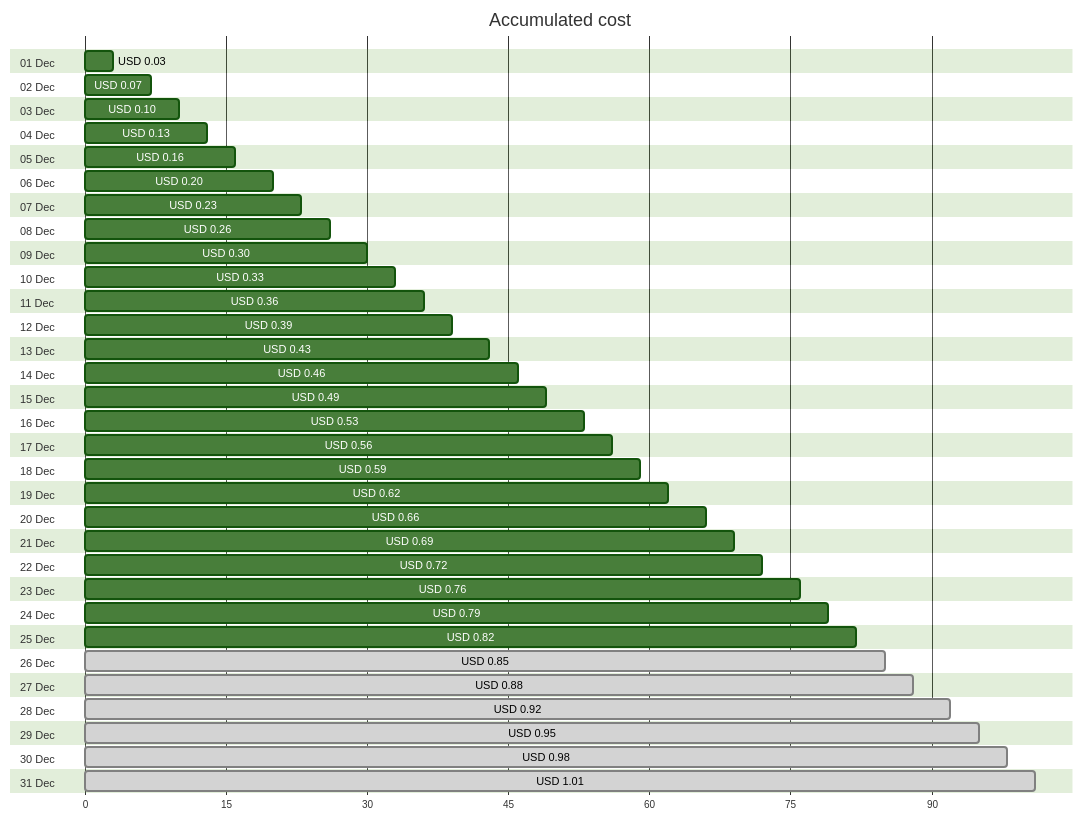
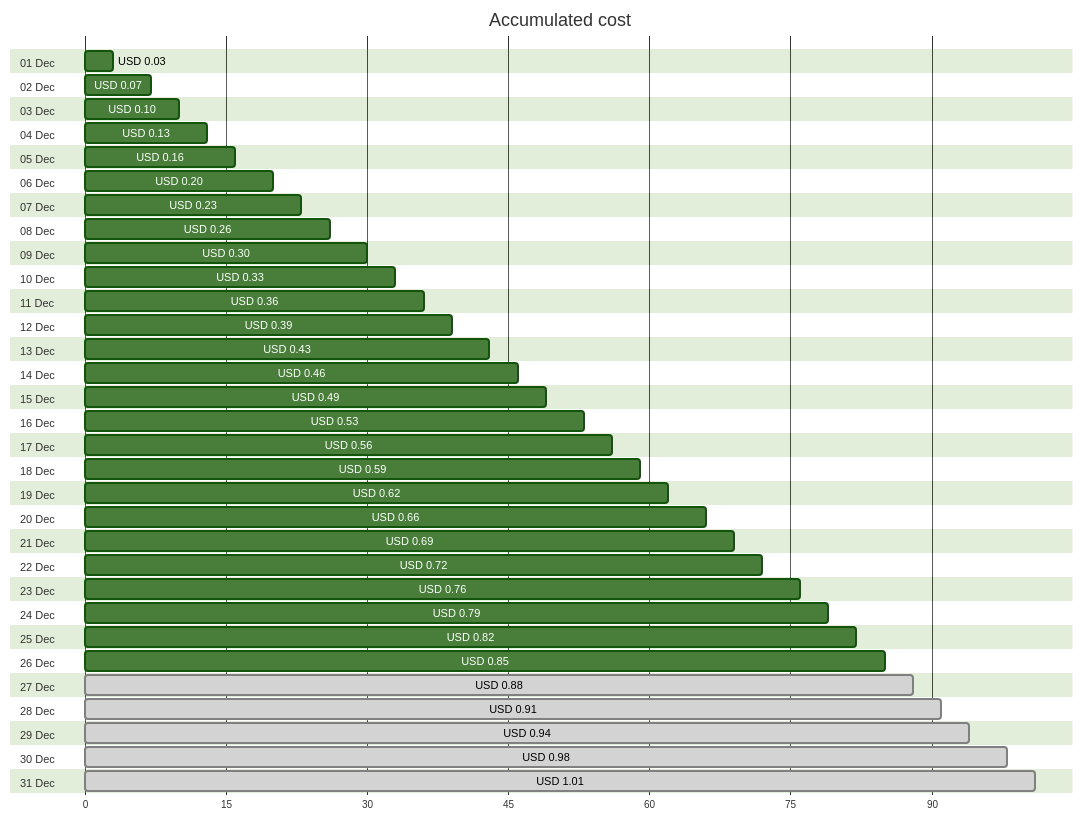
The first of 4 diagrams in cost-reports/personal-dns/README.md (jpfulton/azure-personal-reports), drawn with Mermaid (forest theme) before and after one commit. The commit also changed other lines of this file and 2 other files, not shown here.

````diff
--- a/cost-reports/personal-dns/README.md
+++ b/cost-reports/personal-dns/README.md
@@ -20,68 +20,68 @@
 ```mermaid
 gantt
    title Accumulated cost
    dateFormat  X
    axisFormat %s
    section 01 Dec
    USD 0.03 :0, 3
    section 02 Dec
    USD 0.07 :0, 7
    section 03 Dec
    USD 0.10 :0, 10
    section 04 Dec
    USD 0.13 :0, 13
    section 05 Dec
    USD 0.16 :0, 16
    section 06 Dec
    USD 0.20 :0, 20
    section 07 Dec
    USD 0.23 :0, 23
    section 08 Dec
    USD 0.26 :0, 26
    section 09 Dec
    USD 0.30 :0, 30
    section 10 Dec
    USD 0.33 :0, 33
    section 11 Dec
    USD 0.36 :0, 36
    section 12 Dec
    USD 0.39 :0, 39
    section 13 Dec
    USD 0.43 :0, 43
    section 14 Dec
    USD 0.46 :0, 46
    section 15 Dec
    USD 0.49 :0, 49
    section 16 Dec
    USD 0.53 :0, 53
    section 17 Dec
    USD 0.56 :0, 56
    section 18 Dec
    USD 0.59 :0, 59
    section 19 Dec
    USD 0.62 :0, 62
    section 20 Dec
    USD 0.66 :0, 66
    section 21 Dec
    USD 0.69 :0, 69
    section 22 Dec
    USD 0.72 :0, 72
    section 23 Dec
    USD 0.76 :0, 76
    section 24 Dec
    USD 0.79 :0, 79
    section 25 Dec
    USD 0.82 :0, 82
    section 26 Dec
-   USD 0.85 : done, 0, 85
+   USD 0.85 :0, 85
    section 27 Dec
    USD 0.88 : done, 0, 88
    section 28 Dec
-   USD 0.92 : done, 0, 92
+   USD 0.91 : done, 0, 91
    section 29 Dec
-   USD 0.95 : done, 0, 95
+   USD 0.94 : done, 0, 94
    section 30 Dec
    USD 0.98 : done, 0, 98
    section 31 Dec
    USD 1.01 : done, 0, 101
 ```
````
